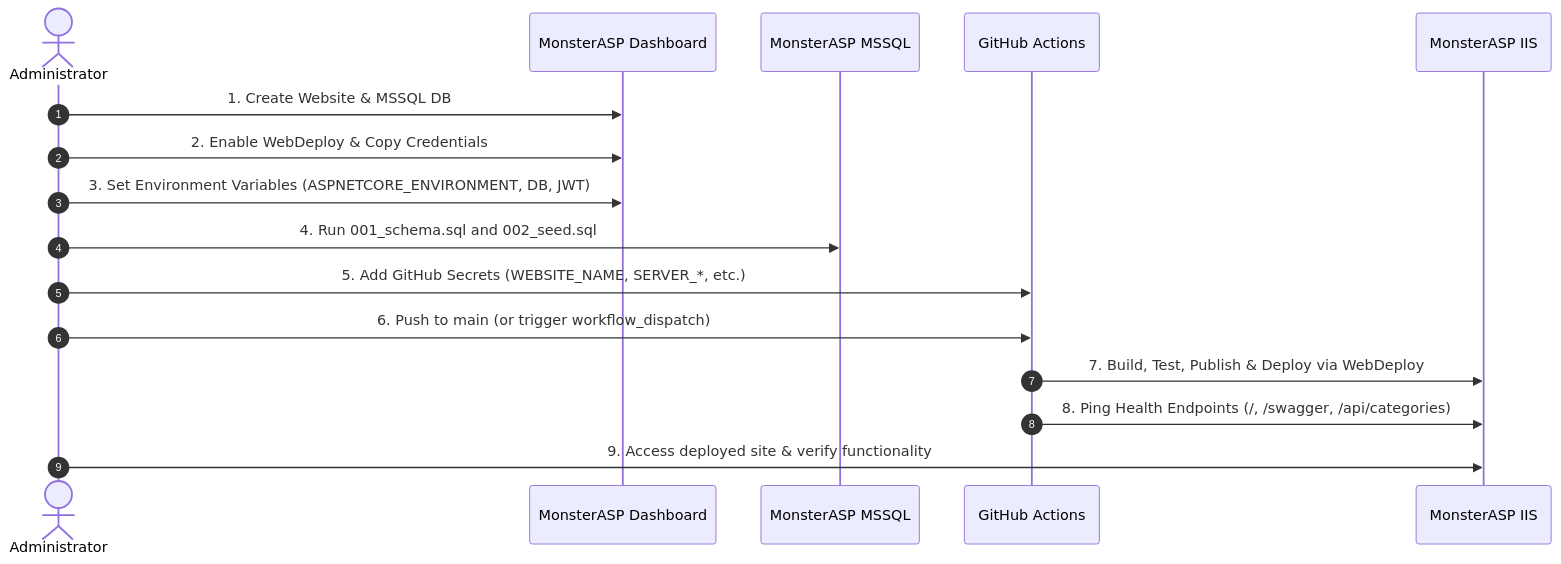
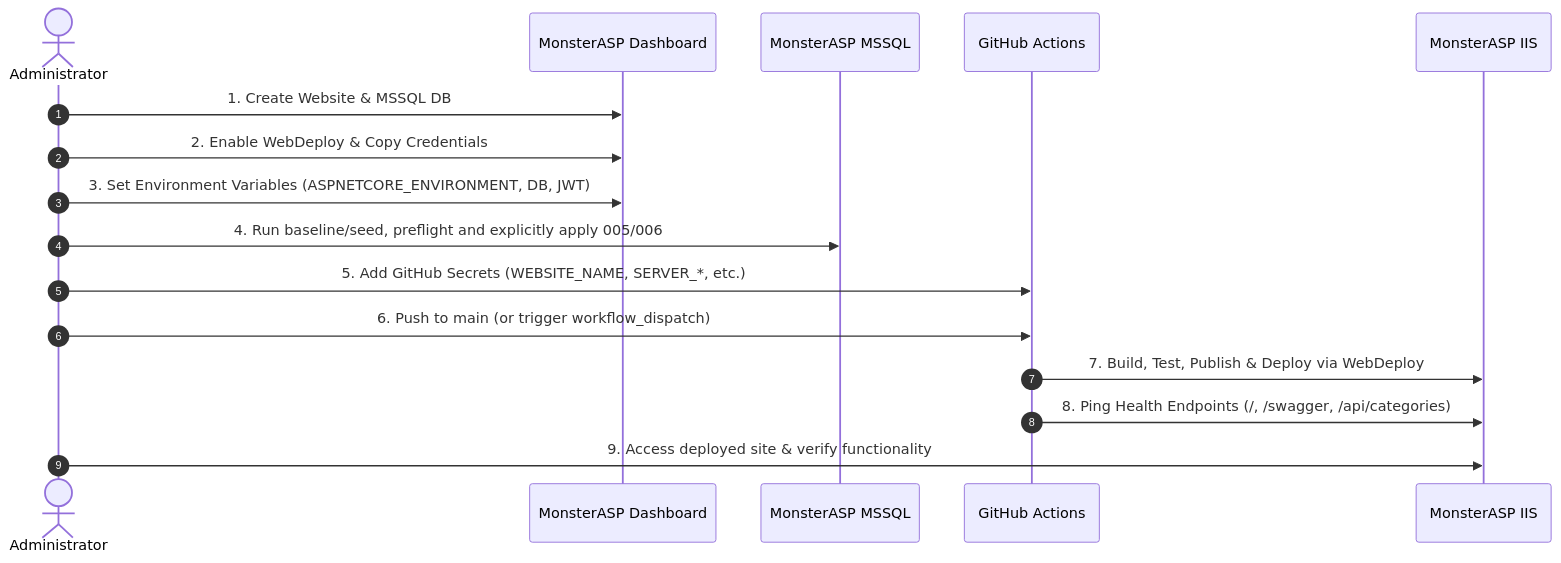
One commit to ShadmanMuhtasim/Karigor changed the diagram in docs/MONSTERASP_DEPLOYMENT.md. Above: the diagram before and after it, drawn with Mermaid. The commit also changed other lines of this file and 17 other files, not shown here.

Commit message:
refactor: establish canonical payment schema authority

````diff
--- a/docs/MONSTERASP_DEPLOYMENT.md
+++ b/docs/MONSTERASP_DEPLOYMENT.md
@@ -214,19 +216,19 @@
 ```mermaid
 sequenceDiagram
     autonumber
     actor Admin as Administrator
     participant Dashboard as MonsterASP Dashboard
     participant DB as MonsterASP MSSQL
     participant GitHub as GitHub Actions
     participant IIS as MonsterASP IIS
 
     Admin->>Dashboard: 1. Create Website & MSSQL DB
     Admin->>Dashboard: 2. Enable WebDeploy & Copy Credentials
     Admin->>Dashboard: 3. Set Environment Variables (ASPNETCORE_ENVIRONMENT, DB, JWT)
-    Admin->>DB: 4. Run 001_schema.sql and 002_seed.sql
+    Admin->>DB: 4. Run baseline/seed, preflight and explicitly apply 005/006
     Admin->>GitHub: 5. Add GitHub Secrets (WEBSITE_NAME, SERVER_*, etc.)
     Admin->>GitHub: 6. Push to main (or trigger workflow_dispatch)
     GitHub->>IIS: 7. Build, Test, Publish & Deploy via WebDeploy
     GitHub->>IIS: 8. Ping Health Endpoints (/, /swagger, /api/categories)
     Admin->>IIS: 9. Access deployed site & verify functionality
 ```
````
